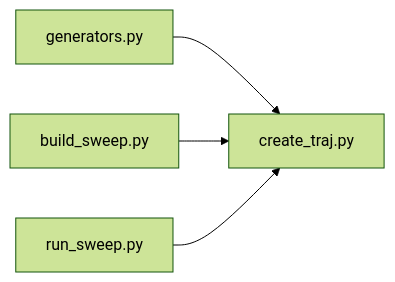
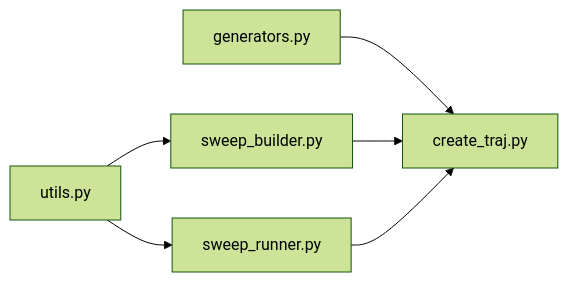
One commit to MSCA-DN-Digital-Finance/WP3_eXplainable_and_Fair_AI changed the first of 2 diagrams in IRP1/Code/ct3_fm/src/generation/README.md. Above: the diagram before and after it, drawn with Mermaid (forest theme). The commit also changed 6 other files, not shown here.

````diff
--- a/IRP1/Code/ct3_fm/src/generation/README.md
+++ b/IRP1/Code/ct3_fm/src/generation/README.md
@@ -9,6 +9,8 @@
 ```mermaid
 graph LR
+    utils[utils.py] --> build_sweep[sweep_builder.py]
+    utils[utils.py] --> run_sweep[sweep_runner.py]
     generators[generators.py] --> create_traj[create_traj.py]
-    build_sweep[build_sweep.py] --> create_traj
-    run_sweep[run_sweep.py] --> create_traj
+    build_sweep --> create_traj
+    run_sweep --> create_traj
 ```
````
